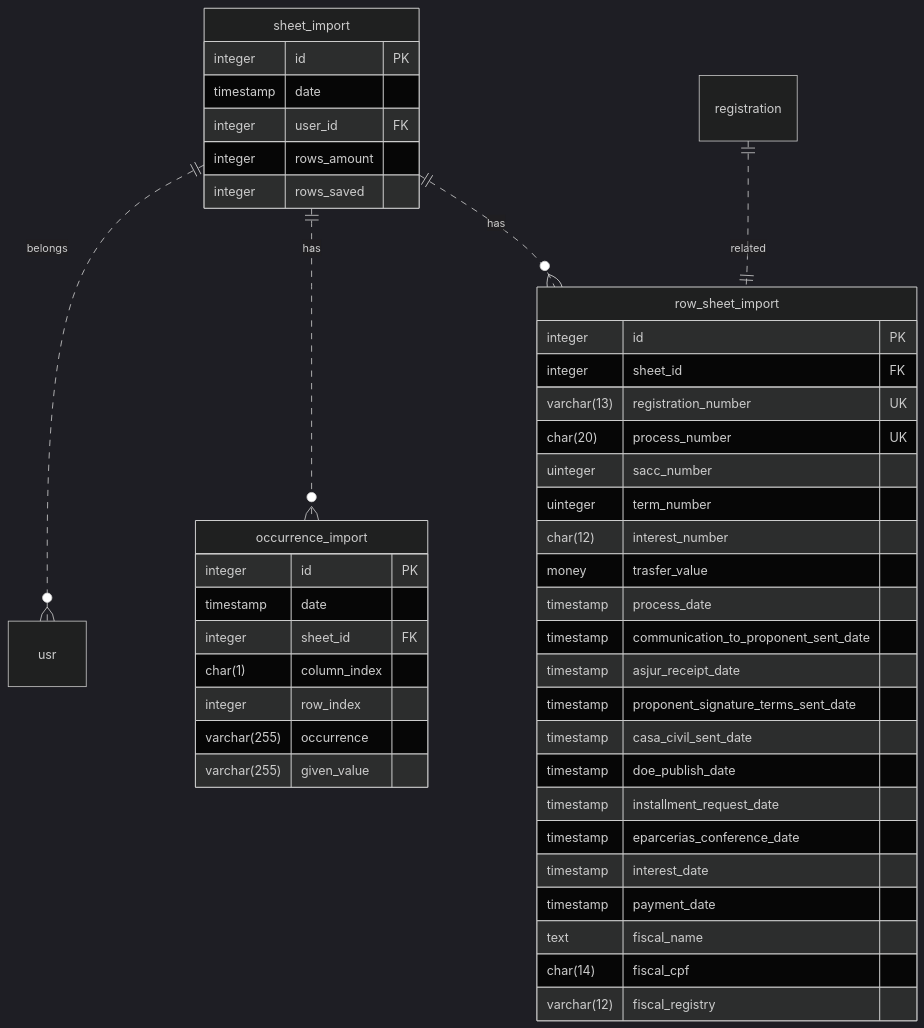
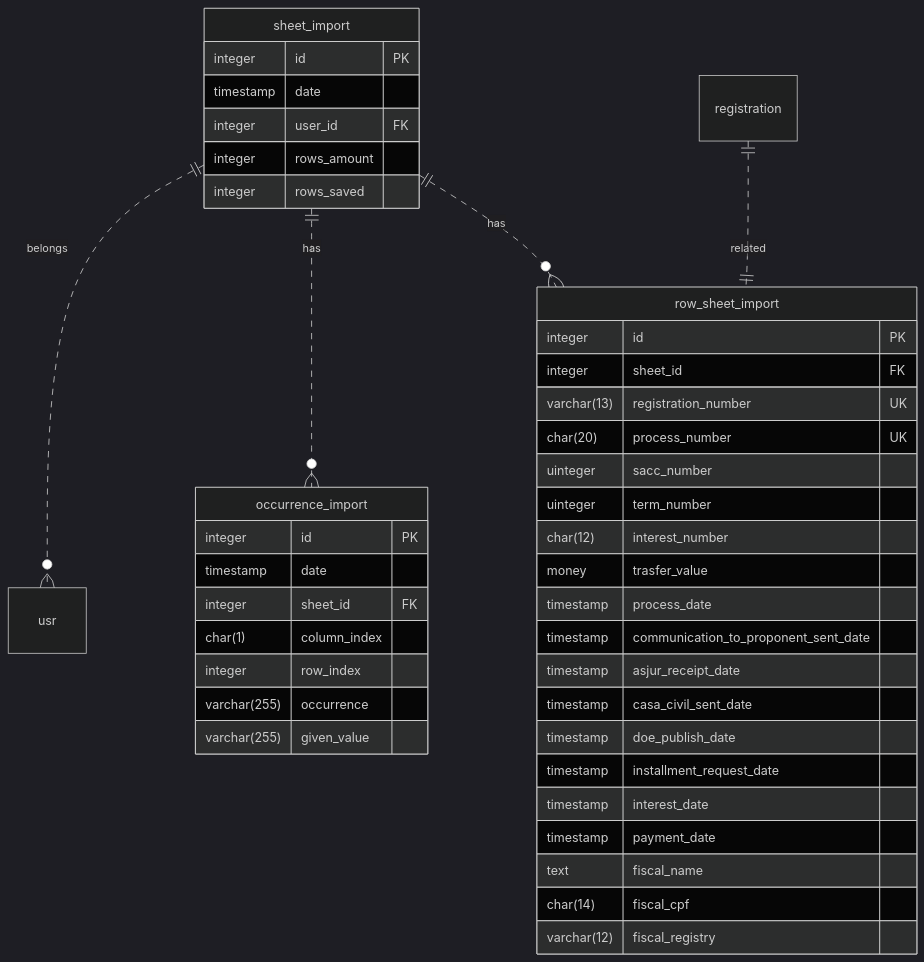
Before and after one commit to secultce/plugin-BigSheetImporter: the diagram in README.md, drawn with Mermaid (dark theme). The commit also changed 2 other files, not shown here.

Commit message:
refactor: Removendo colunas que não precisam ser salvas

````diff
--- a/README.md
+++ b/README.md
@@ -7,47 +7,47 @@
 ```mermaid
 erDiagram
 s ||..o{ usr : belongs
 s ||..o{ o : has
 s ||..o{ r : has
 registration ||..|| r : related
 
 s[sheet_import]{
     integer       id                      PK
     timestamp     date
     integer       user_id                 FK
     integer       rows_amount
     integer       rows_saved
 }
 o[occurrence_import]{
     integer       id                      PK
     timestamp     date
     integer       sheet_id                FK
     char(1)       column_index
     integer       row_index
     varchar(255)  occurrence
     varchar(255)  given_value
 }
 r[row_sheet_import]{
     integer       id                      PK
     integer       sheet_id                FK
     varchar(13)   registration_number     UK
     char(20)      process_number          UK
     uinteger      sacc_number
     uinteger      term_number
     char(12)      interest_number
     money         trasfer_value
     timestamp     process_date
     timestamp     communication_to_proponent_sent_date
     timestamp     asjur_receipt_date
-    timestamp     proponent_signature_terms_sent_date
+%%    timestamp     proponent_signature_terms_sent_date
     timestamp     casa_civil_sent_date
     timestamp     doe_publish_date
     timestamp     installment_request_date
-    timestamp     eparcerias_conference_date
+%%    timestamp     eparcerias_conference_date
     timestamp     interest_date
     timestamp     payment_date
     text          fiscal_name
     char(14)      fiscal_cpf
     varchar(12)   fiscal_registry
 }
 ```
````
